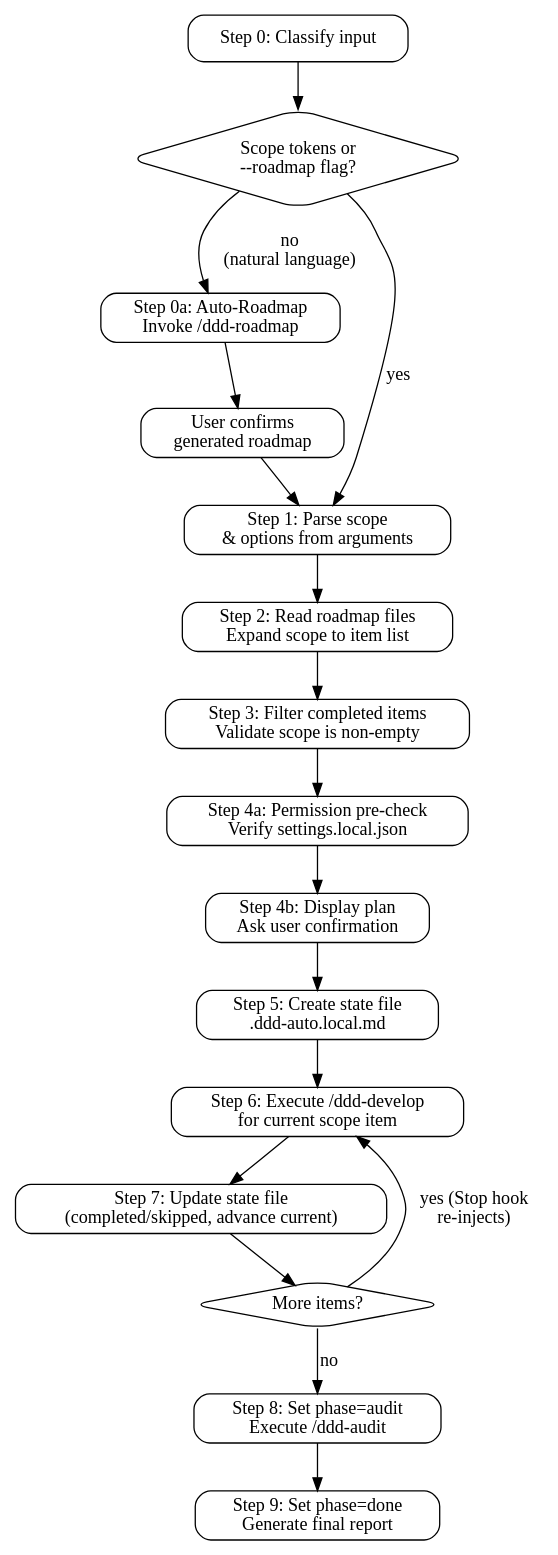
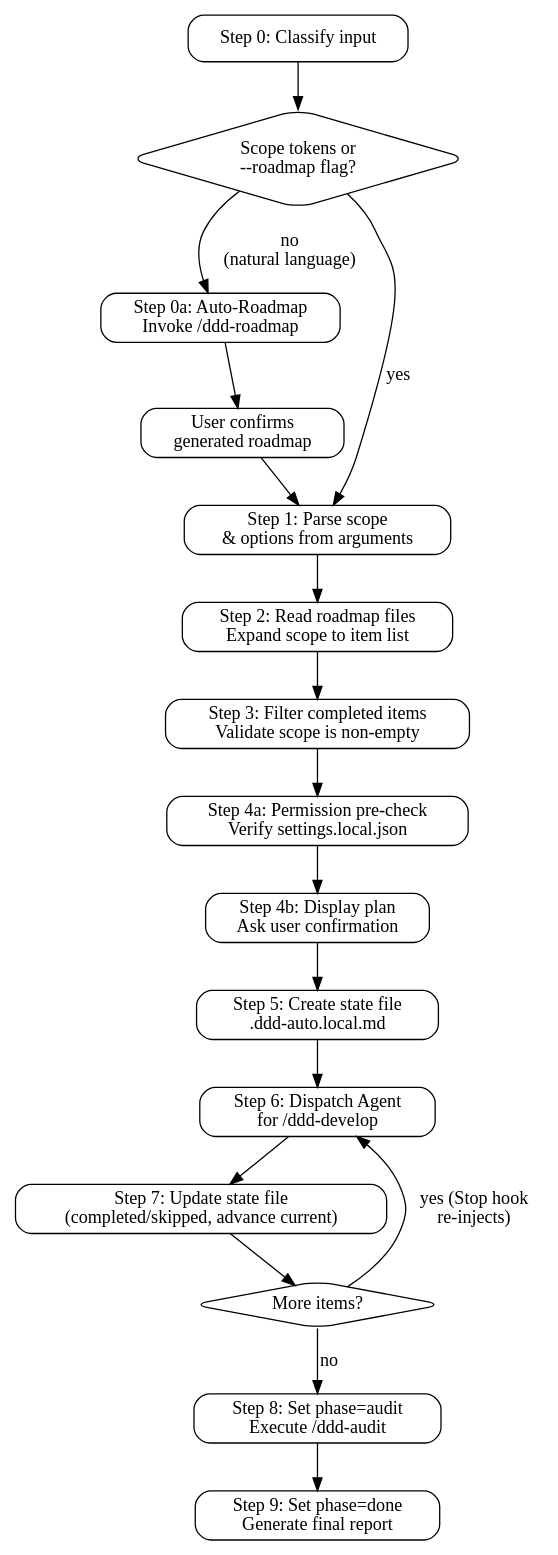
One commit to litecore-ai/ddd-coding-skills changed the diagram in skills/ddd-auto/SKILL.md. Above: the diagram before and after it, drawn with Graphviz. The commit also changed other lines of this file and 3 other files, not shown here.

First line of the commit message:
feat: isolate ddd-develop iterations via Agent subagents for token efficiency

````diff
--- a/skills/ddd-auto/SKILL.md
+++ b/skills/ddd-auto/SKILL.md
@@ -44,32 +44,32 @@
 ```dot
 digraph ddd_auto {
   rankdir=TB;
   node [shape=box, style=rounded];
 
   classify [label="Step 0: Classify input"];
   is_scope [label="Scope tokens or\n--roadmap flag?" shape=diamond];
   auto_roadmap [label="Step 0a: Auto-Roadmap\nInvoke /ddd-roadmap"];
   confirm_roadmap [label="User confirms\ngenerated roadmap"];
   parse [label="Step 1: Parse scope\n& options from arguments"];
   read_roadmap [label="Step 2: Read roadmap files\nExpand scope to item list"];
   validate [label="Step 3: Filter completed items\nValidate scope is non-empty"];
   perm_check [label="Step 4a: Permission pre-check\nVerify settings.local.json"];
   confirm [label="Step 4b: Display plan\nAsk user confirmation"];
   create_state [label="Step 5: Create state file\n.ddd-auto.local.md"];
-  develop [label="Step 6: Execute /ddd-develop\nfor current scope item"];
+  develop [label="Step 6: Dispatch Agent\nfor /ddd-develop"];
   update [label="Step 7: Update state file\n(completed/skipped, advance current)"];
   check [label="More items?" shape=diamond];
   audit [label="Step 8: Set phase=audit\nExecute /ddd-audit"];
   report [label="Step 9: Set phase=done\nGenerate final report"];
 
   classify -> is_scope;
   is_scope -> parse [label="yes"];
   is_scope -> auto_roadmap [label="no\n(natural language)"];
   auto_roadmap -> confirm_roadmap -> parse;
   parse -> read_roadmap -> validate -> perm_check -> confirm -> create_state -> develop;
   develop -> update -> check;
   check -> develop [label="yes (Stop hook\nre-injects)"];
   check -> audit [label="no"];
   audit -> report;
 }
 ```
````
